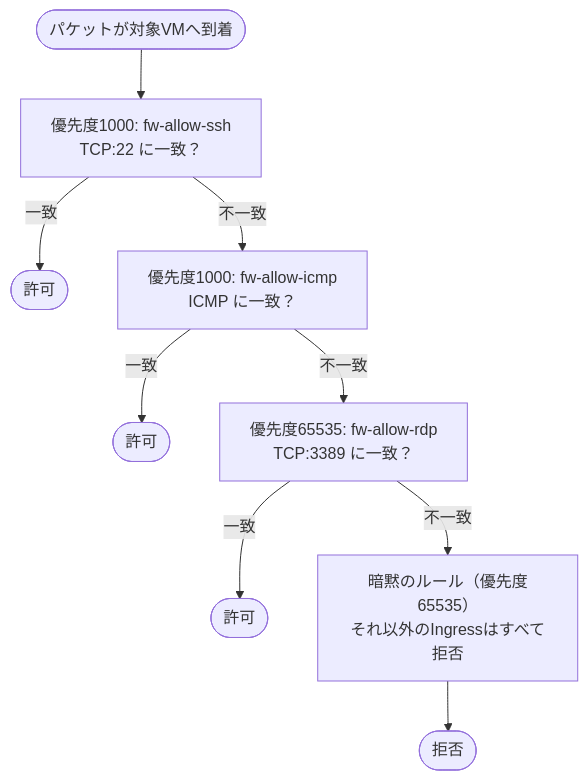
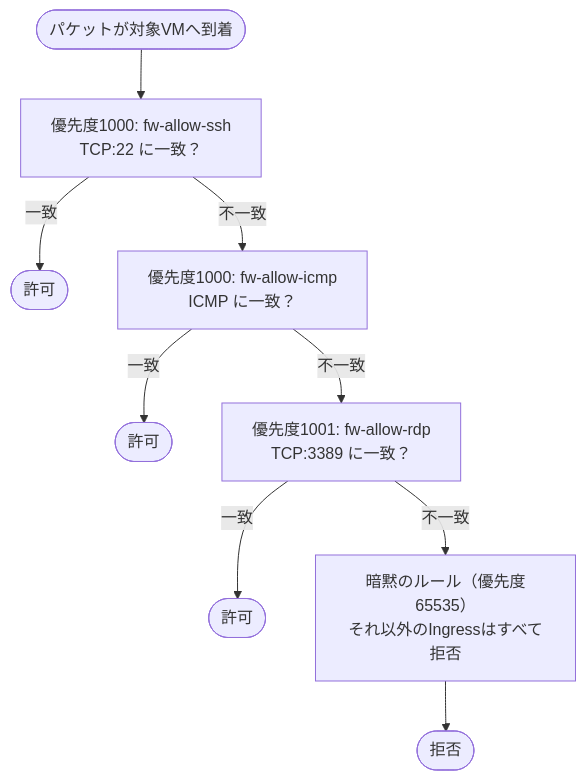
The third of 4 diagrams in Gcp-vpc-network-challenge-lab-guide.md (myoshi2891/Cloud-Infrastructure-Studies), drawn with Mermaid before and after one commit. The commit also changed other lines of this file, not shown here.

Commit message:
docs(vpc-lab): correct RDP priority and naming scope

````diff
--- a/Gcp-vpc-network-challenge-lab-guide.md
+++ b/Gcp-vpc-network-challenge-lab-guide.md
@@ -183,11 +183,11 @@
 ```mermaid
 flowchart TB
     Start(["パケットが対象VMへ到着"]) --> R1["優先度1000: fw-allow-ssh<br/>TCP:22 に一致？"]
     R1 -->|一致| Allow1(["許可"])
     R1 -->|不一致| R3["優先度1000: fw-allow-icmp<br/>ICMP に一致？"]
     R3 -->|一致| Allow2(["許可"])
-    R3 -->|不一致| R2["優先度65535: fw-allow-rdp<br/>TCP:3389 に一致？"]
+    R3 -->|不一致| R2["優先度1001: fw-allow-rdp<br/>TCP:3389 に一致？"]
     R2 -->|一致| Allow3(["許可"])
     R2 -->|不一致| Implied["暗黙のルール（優先度65535）<br/>それ以外のIngressはすべて拒否"]
     Implied --> Deny(["拒否"])
 ```
````
